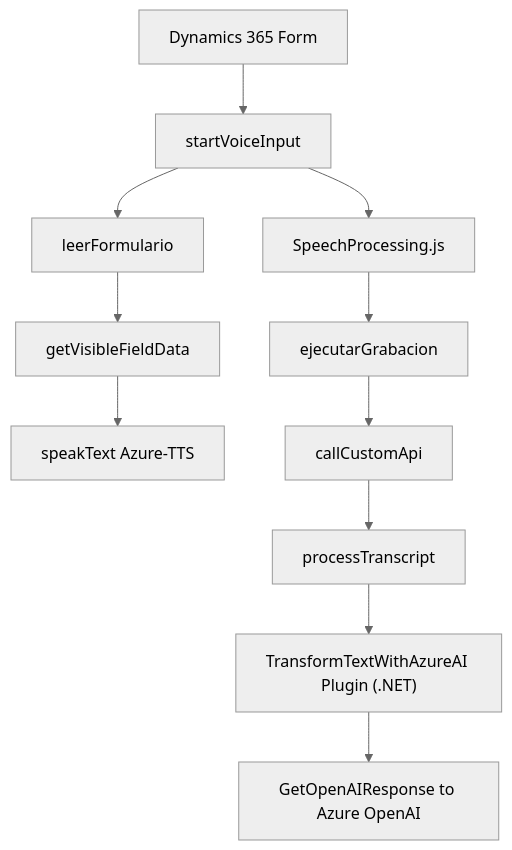
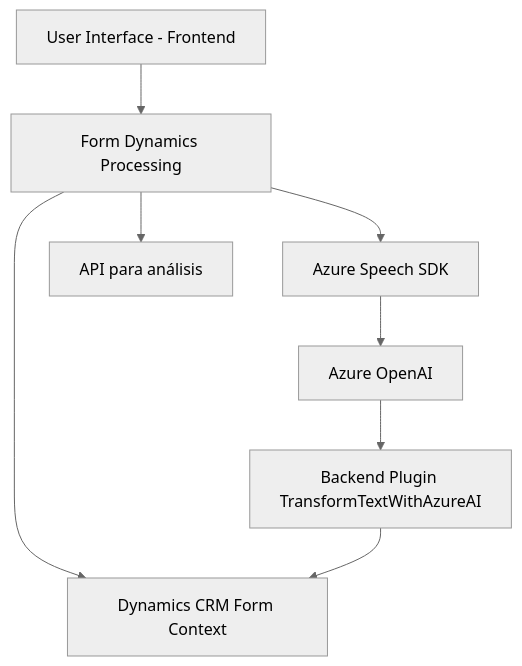
Before and after one commit to blopezdm/NETCORE_BILBAO2025: the diagram in README.md, drawn with Mermaid (neutral theme). The commit also changed other lines of this file, not shown here.

Commit message:
Actualizar análisis global de la solución con IA

````diff
--- a/README.md
+++ b/README.md
@@ -52,25 +32,18 @@
 ```mermaid
 graph TD
-    A["Dynamics 365 Form"]
-    B["startVoiceInput"]
-    C["leerFormulario"]
-    D["getVisibleFieldData"]
-    E["speakText Azure-TTS"]
-    F["SpeechProcessing.js"]
-    G["ejecutarGrabacion"]
-    H["callCustomApi"]
-    I["processTranscript"]
-    J["TransformTextWithAzureAI Plugin (.NET)"]
-    K["GetOpenAIResponse to Azure OpenAI"]
-    
+    A["User Interface - Frontend"]
+    B["Form Dynamics Processing"]
+    C["Azure Speech SDK"]
+    D["Azure OpenAI"]
+    E["Backend Plugin TransformTextWithAzureAI"]
+    F["Dynamics CRM Form Context"]
+    G["API para análisis"]
+
     A --> B
     B --> C
     C --> D
+    B --> F
+    E --> F
     D --> E
-    B --> F
-    F --> G
-    G --> H
-    H --> I
-    I --> J
-    J --> K
+    B --> G
 ```
````
